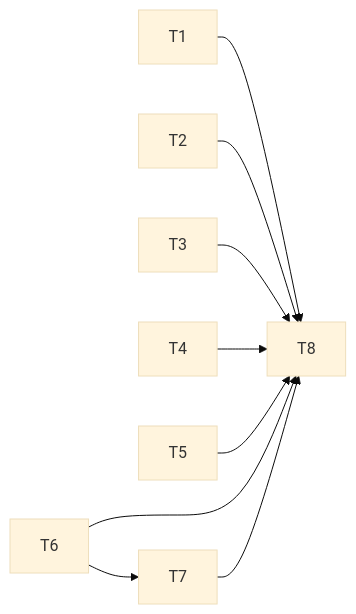
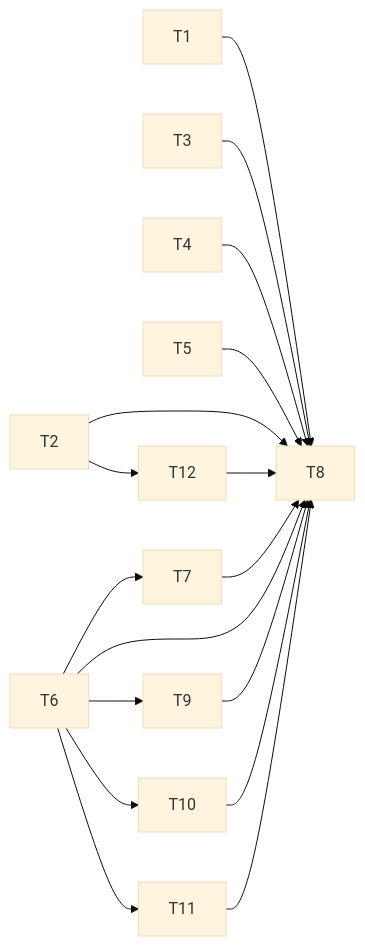
Before and after one commit to OUTLElijiadong/llm-agent-code-review: the diagram in docs/全域AI上下文压缩20260925/TASK_全域AI上下文压缩.md, drawn with Mermaid (base theme). The commit also changed other lines of this file and 17 other files, not shown here.

````diff
--- a/docs/全域AI上下文压缩20260925/TASK_全域AI上下文压缩.md
+++ b/docs/全域AI上下文压缩20260925/TASK_全域AI上下文压缩.md
@@ -14,11 +18,19 @@
 ```mermaid
 flowchart LR
   T1 --> T8
   T2 --> T8
   T3 --> T8
   T4 --> T8
   T5 --> T8
   T6 --> T7
   T6 --> T8
   T7 --> T8
+  T6 --> T9
+  T6 --> T10
+  T6 --> T11
+  T2 --> T12
+  T9 --> T8
+  T10 --> T8
+  T11 --> T8
+  T12 --> T8
 ```
````
